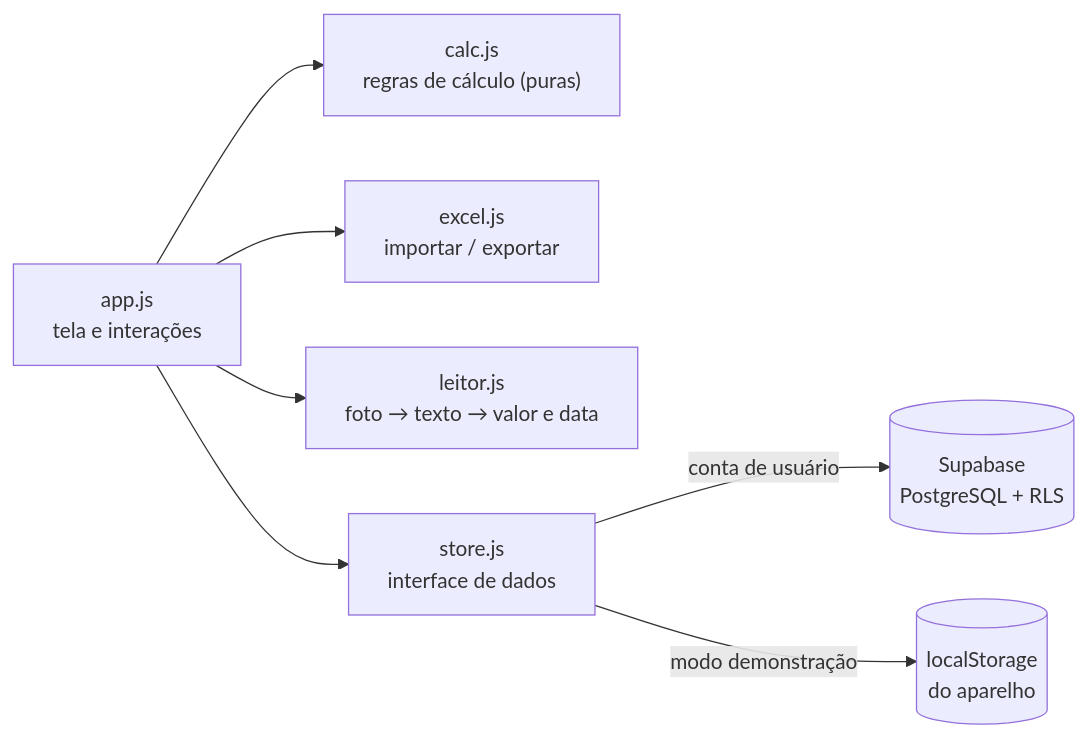
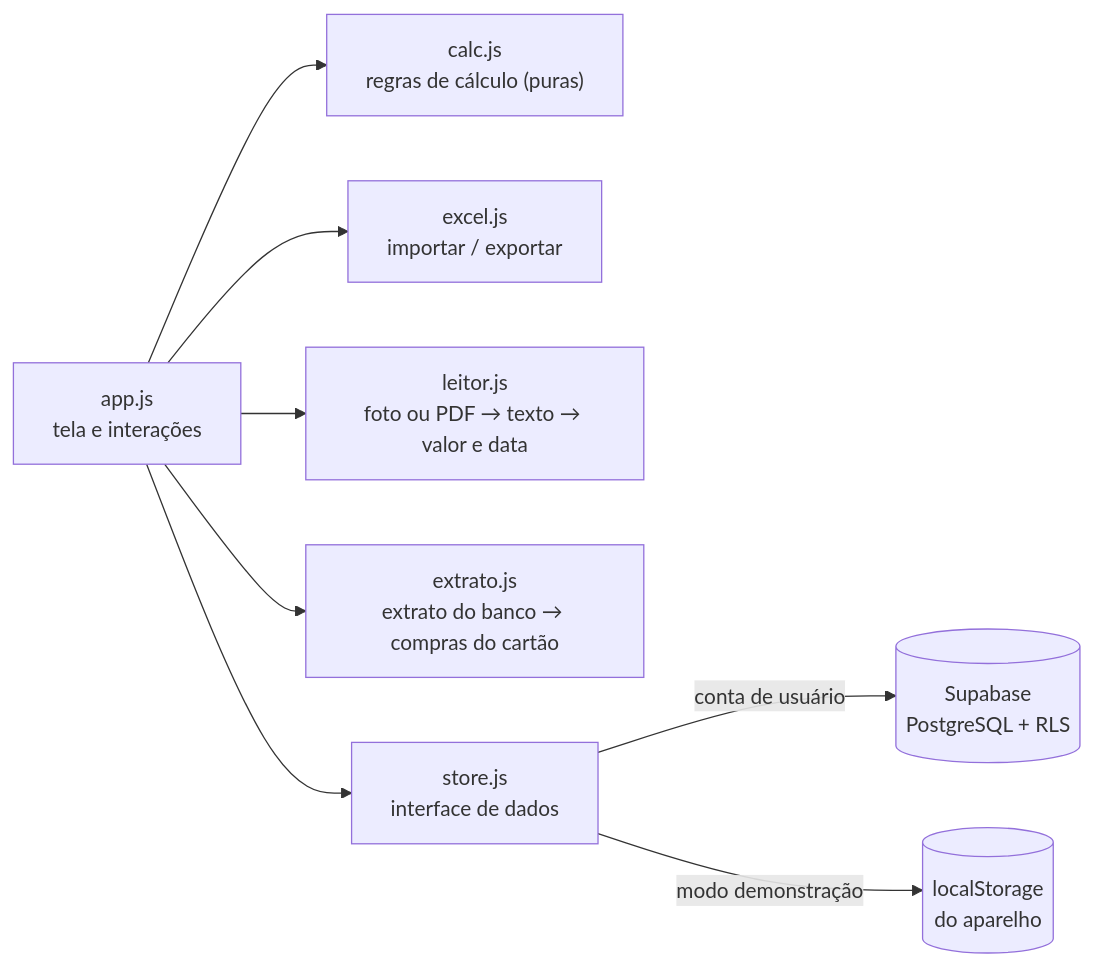
Before and after one commit to MarcosHenriqueBarbosaSantos/controle-gastos-pwa: the first of 2 diagrams in README.md, drawn with Mermaid. The commit also changed other lines of this file and 32 other files, not shown here.

````diff
--- a/README.md
+++ b/README.md
@@ -57,9 +61,10 @@
 ```mermaid
 flowchart LR
   UI["app.js<br/>tela e interações"] --> CALC["calc.js<br/>regras de cálculo (puras)"]
   UI --> XL["excel.js<br/>importar / exportar"]
-  UI --> LE["leitor.js<br/>foto → texto → valor e data"]
+  UI --> LE["leitor.js<br/>foto ou PDF → texto → valor e data"]
+  UI --> EX["extrato.js<br/>extrato do banco → compras do cartão"]
   UI --> ST["store.js<br/>interface de dados"]
   ST -->|conta de usuário| SB[("Supabase<br/>PostgreSQL + RLS")]
   ST -->|modo demonstração| LS[("localStorage<br/>do aparelho")]
 ```
````
